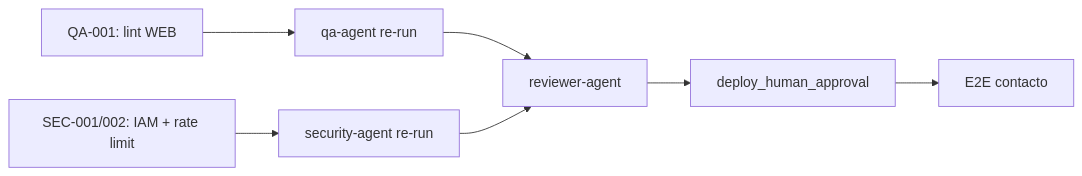
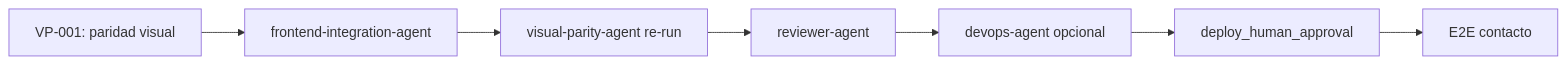
One commit to arodriguez-novusintelligence/NovusAIDevelopmentFramework changed the diagram in .nadf/projects/novus-intelligence/artifacts/reflexion-ejecucion.md. Above: the diagram before and after it, drawn with Mermaid. The commit also changed other lines of this file and 1 other file, not shown here.

First line of the commit message:
reflexión paso-13: reconsolidar con QA/Security PASS y paridad visual FAIL

````diff
--- a/.nadf/projects/novus-intelligence/artifacts/reflexion-ejecucion.md
+++ b/.nadf/projects/novus-intelligence/artifacts/reflexion-ejecucion.md
@@ -192,9 +214,9 @@
 ```mermaid
 flowchart LR
-    QA001[QA-001: lint WEB] --> QA[qa-agent re-run]
-    SEC[SEC-001/002: IAM + rate limit] --> SECA[security-agent re-run]
-    QA --> REV[reviewer-agent]
-    SECA --> REV
-    REV --> DEPLOY[deploy_human_approval]
+    VP[VP-001: paridad visual] --> FE[frontend-integration-agent]
+    FE --> VP2[visual-parity-agent re-run]
+    VP2 --> REV[reviewer-agent]
+    REV --> DEVOPS[devops-agent opcional]
+    DEVOPS --> DEPLOY[deploy_human_approval]
     DEPLOY --> E2E[E2E contacto]
 ```
````
